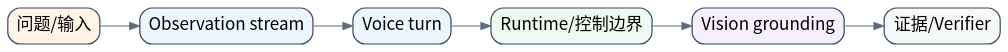
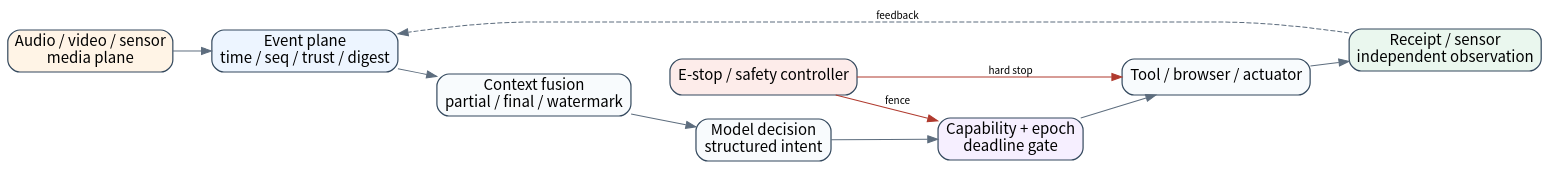
The diagram in book/assets/diagrams/38-multimodal-architecture.dot (william-lbn/aiagentsystem), drawn with Graphviz before and after one commit. The commit also changed 115 other files, not shown here.

```diff
--- a/book/assets/diagrams/38-multimodal-architecture.dot
+++ b/book/assets/diagrams/38-multimodal-architecture.dot
@@ -1,16 +1,22 @@
 digraph G {
-graph [rankdir=LR,bgcolor="transparent",pad="0.15",nodesep="0.4",ranksep="0.55"];
-node [shape=box,style="rounded,filled",fontname="Noto Sans CJK SC",fontsize=17,color="#34495e",penwidth=1.2];
-edge [fontname="Noto Sans CJK SC",fontsize=11,color="#5d6d7e"];
-n0 [label="问题/输入",fillcolor="#fff4e6"];
-n1 [label="Observation stream",fillcolor="#edf5ff"];
-n2 [label="Voice turn",fillcolor="#edf5ff"];
-n3 [label="Runtime/控制边界",fillcolor="#eef9f1"];
-n4 [label="Vision grounding",fillcolor="#f6efff"];
-n5 [label="证据/Verifier",fillcolor="#f7f9f9"];
-n0->n1;
-n1->n2;
-n2->n3;
-n3->n4;
-n4->n5;
+graph [rankdir=LR,bgcolor="transparent",pad="0.15",nodesep="0.34",ranksep="0.52"];
+node [shape=box,style="rounded,filled",fontname="Noto Sans CJK SC",fontsize=15,color="#34495e",penwidth=1.2,fillcolor="#f8fbfd"];
+edge [fontname="Noto Sans CJK SC",fontsize=10,color="#5d6d7e"];
+media [label="Audio / video / sensor\nmedia plane",fillcolor="#fff4e6"];
+events [label="Event plane\ntime / seq / trust / digest",fillcolor="#edf5ff"];
+fusion [label="Context fusion\npartial / final / watermark"];
+model [label="Model decision\nstructured intent"];
+gate [label="Capability + epoch\ndeadline gate",fillcolor="#f6efff"];
+effect [label="Tool / browser / actuator"];
+observe [label="Receipt / sensor\nindependent observation",fillcolor="#eaf7ee"];
+safety [label="E-stop / safety controller",fillcolor="#fdecea"];
+media->events;
+events->fusion;
+fusion->model;
+model->gate;
+gate->effect;
+effect->observe;
+safety->gate [label="fence",color="#b03a2e"];
+safety->effect [label="hard stop",color="#b03a2e"];
+observe->events [label="feedback",style=dashed];
 }
```
